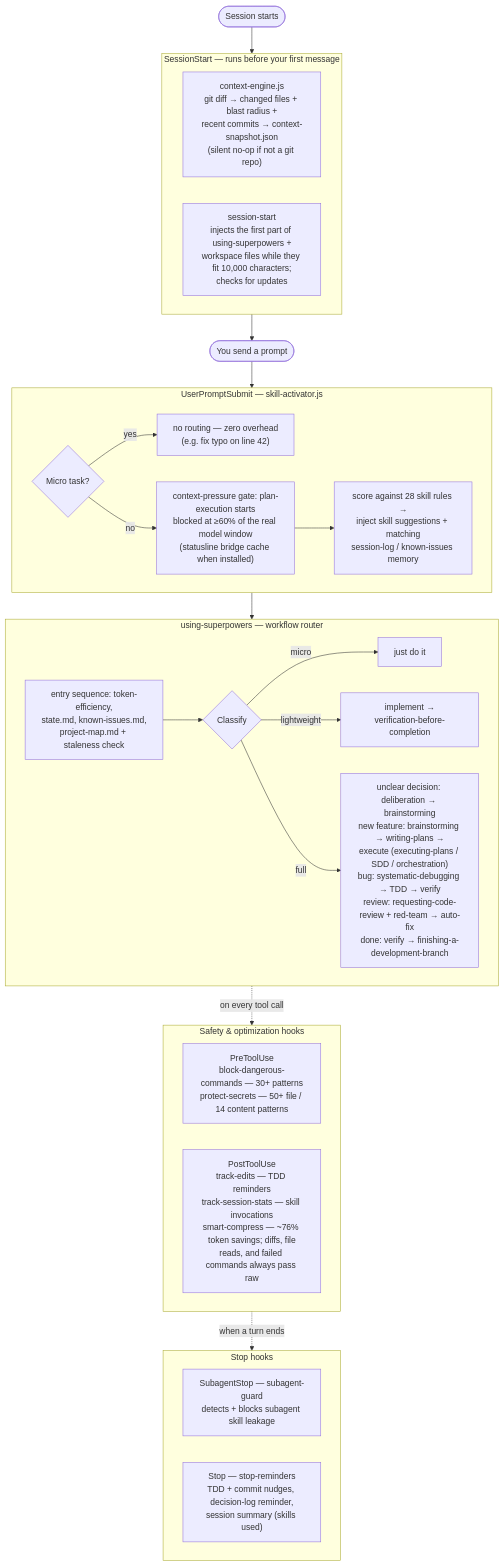
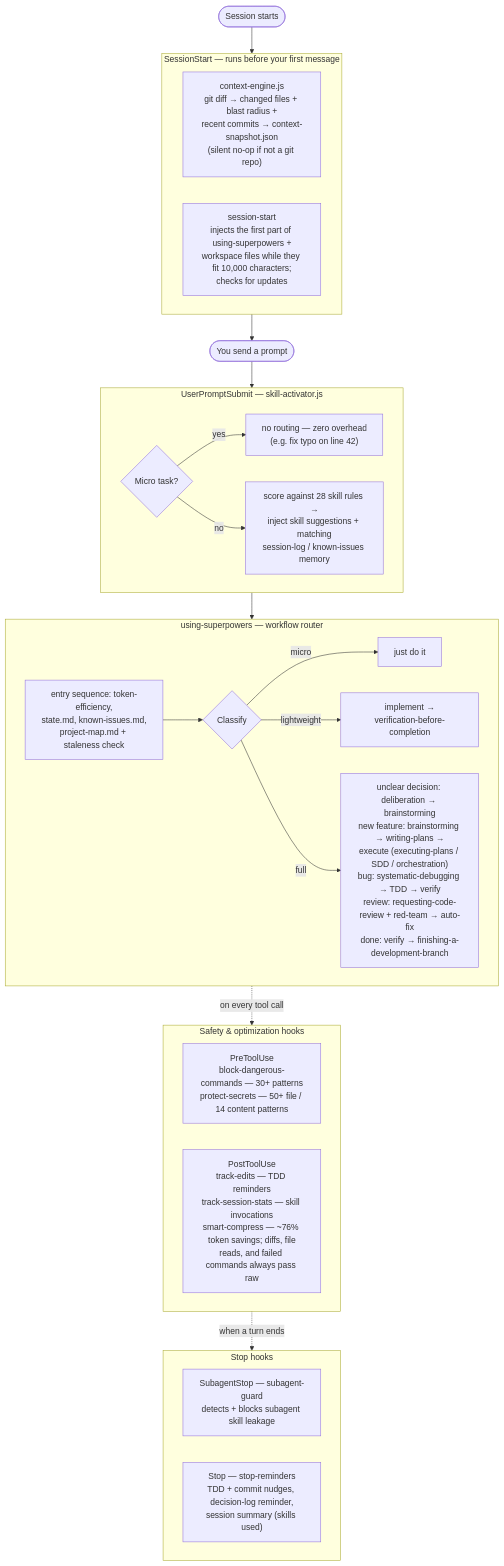
The diagram in README.md (brunob54/superpowers-optimized), drawn with Mermaid before and after one commit. The commit also changed other lines of this file and 9 other files, not shown here.

````diff
--- a/README.md
+++ b/README.md
@@ -90,42 +90,41 @@
 ```mermaid
 flowchart TD
     START([Session starts]) --> SS
 
     subgraph SS["SessionStart — runs before your first message"]
         CE["context-engine.js<br/>git diff → changed files + blast radius +<br/>recent commits → context-snapshot.json<br/>(silent no-op if not a git repo)"]
         SST["session-start<br/>injects the first part of using-superpowers +<br/>workspace files while they fit 10,000 characters;<br/>checks for updates"]
     end
 
     SS --> PROMPT([You send a prompt])
     PROMPT --> SA
 
     subgraph SA["UserPromptSubmit — skill-activator.js"]
         Q1{"Micro task?"} -->|yes| Z1["no routing — zero overhead<br/>(e.g. fix typo on line 42)"]
-        Q1 -->|no| PG["context-pressure gate: plan-execution starts<br/>blocked at ≥60% of the real model window<br/>(statusline bridge cache when installed)"]
-        PG --> SCORE["score against 28 skill rules →<br/>inject skill suggestions + matching<br/>session-log / known-issues memory"]
+        Q1 -->|no| SCORE["score against 28 skill rules →<br/>inject skill suggestions + matching<br/>session-log / known-issues memory"]
     end
 
     SA --> RT
 
     subgraph RT["using-superpowers — workflow router"]
         ES["entry sequence: token-efficiency,<br/>state.md, known-issues.md,<br/>project-map.md + staleness check"]
         ES --> CLS{"Classify"}
         CLS -->|micro| JD["just do it"]
         CLS -->|lightweight| LW["implement →<br/>verification-before-completion"]
         CLS -->|full| FULL["unclear decision: deliberation → brainstorming<br/>new feature: brainstorming → writing-plans →<br/>execute (executing-plans / SDD / orchestration)<br/>bug: systematic-debugging → TDD → verify<br/>review: requesting-code-review + red-team → auto-fix<br/>done: verify → finishing-a-development-branch"]
     end
 
     RT -.->|"on every tool call"| TOOLS
 
     subgraph TOOLS["Safety & optimization hooks"]
         PRE["PreToolUse<br/>block-dangerous-commands — 30+ patterns<br/>protect-secrets — 50+ file / 14 content patterns"]
         POST["PostToolUse<br/>track-edits — TDD reminders<br/>track-session-stats — skill invocations<br/>smart-compress — ~76% token savings; diffs, file<br/>reads, and failed commands always pass raw"]
     end
 
     TOOLS -.->|"when a turn ends"| STOPS
 
     subgraph STOPS["Stop hooks"]
         SG["SubagentStop — subagent-guard<br/>detects + blocks subagent skill leakage"]
         SR["Stop — stop-reminders<br/>TDD + commit nudges, decision-log reminder,<br/>session summary (skills used)"]
     end
 ```
````
